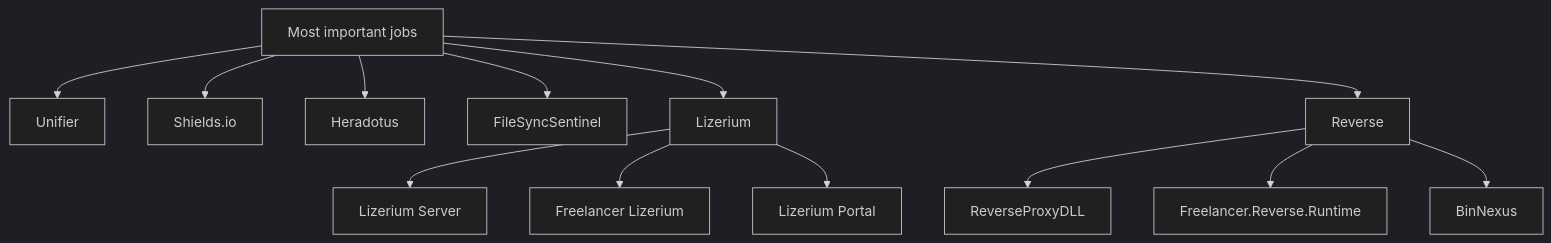
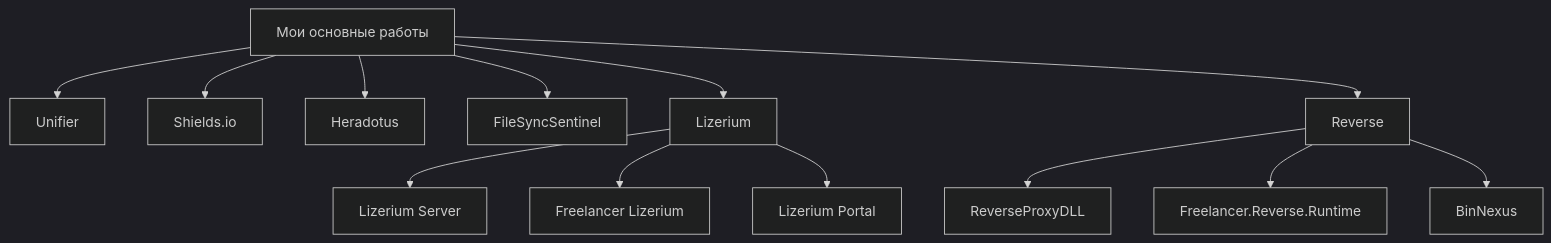
The second of 7 diagrams in docs/en.md (Dvurechensky/Dvurechensky), drawn with Mermaid (dark theme) before and after one commit. The commit also changed other lines of this file and 2 other files, not shown here.

````diff
--- a/docs/en.md
+++ b/docs/en.md
@@ -105,16 +102,16 @@
 ```mermaid
 graph TD
-  B[Most important jobs]
+  B[Мои основные работы]
   B --> B1[Unifier]
   B --> B2[Shields.io]
   B --> B3[Heradotus]
   B --> B4[FileSyncSentinel]
   B --> E[Lizerium]
   E --> E1[Lizerium Server]
   E --> E2[Freelancer Lizerium]
   E --> E3[Lizerium Portal]
   B --> G[Reverse]
   G --> G1[ReverseProxyDLL]
   G --> G2[Freelancer.Reverse.Runtime]
   G --> G3[BinNexus]
 ```
````
